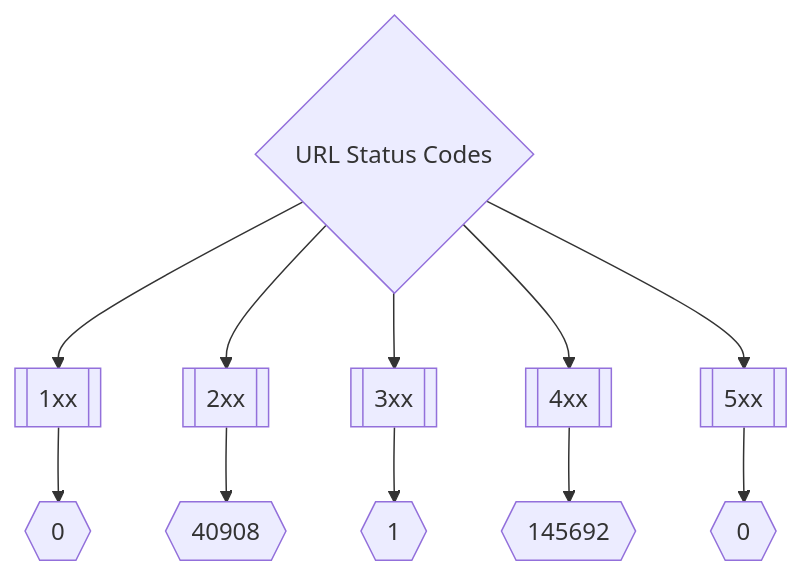
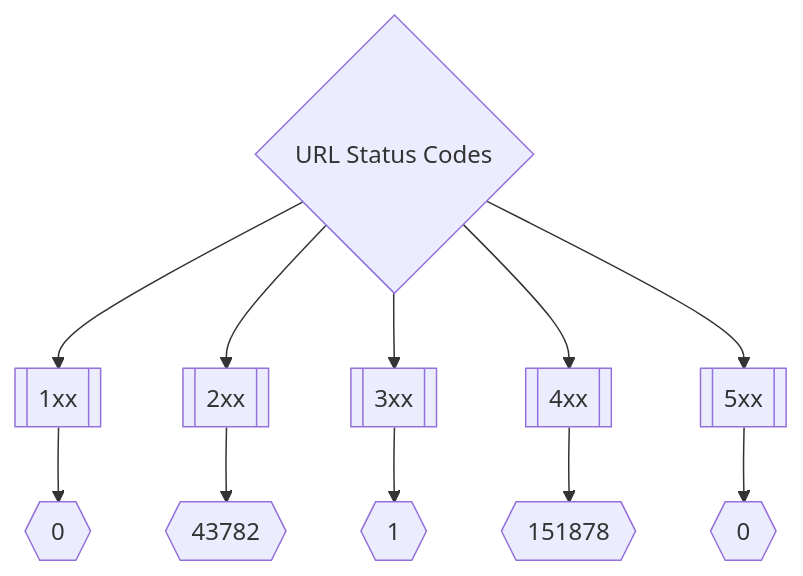
One commit to trickest/inventory changed the second of 3 diagrams in README.md. Above: the diagram before and after it, drawn with Mermaid. The commit also changed other lines of this file and 151 other files, not shown here.

````diff
--- a/README.md
+++ b/README.md
@@ -173,8 +173,8 @@
 ```mermaid
 graph TD
 title{URL Status Codes} --> 1xx[[1xx]] --> status1xxNum{{0}}
-title --> 2xx[[2xx]] --> status2xxNum{{40908}}
+title --> 2xx[[2xx]] --> status2xxNum{{43782}}
 title --> 3xx[[3xx]] --> status3xxNum{{1}}
-title --> 4xx[[4xx]] --> status4xxNum{{145692}}
+title --> 4xx[[4xx]] --> status4xxNum{{151878}}
 title --> 5xx[[5xx]] --> status5xxNum{{0}}
 ```
````
